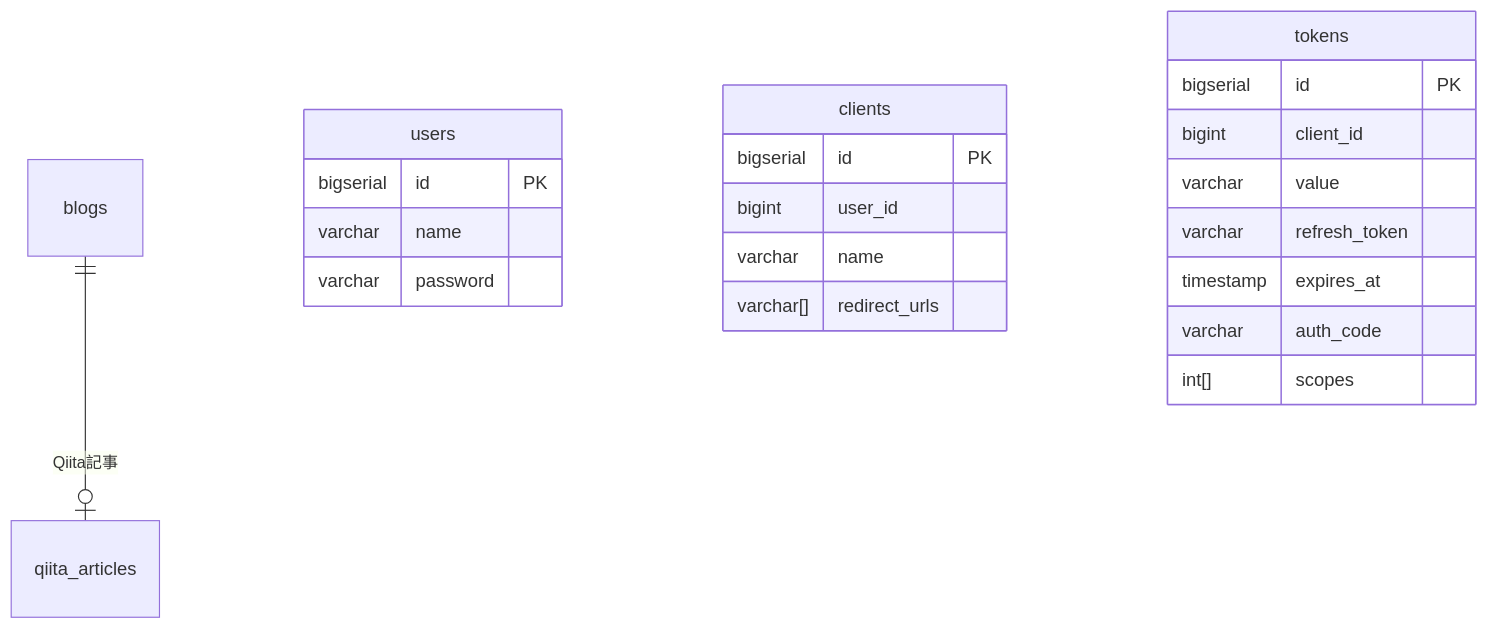
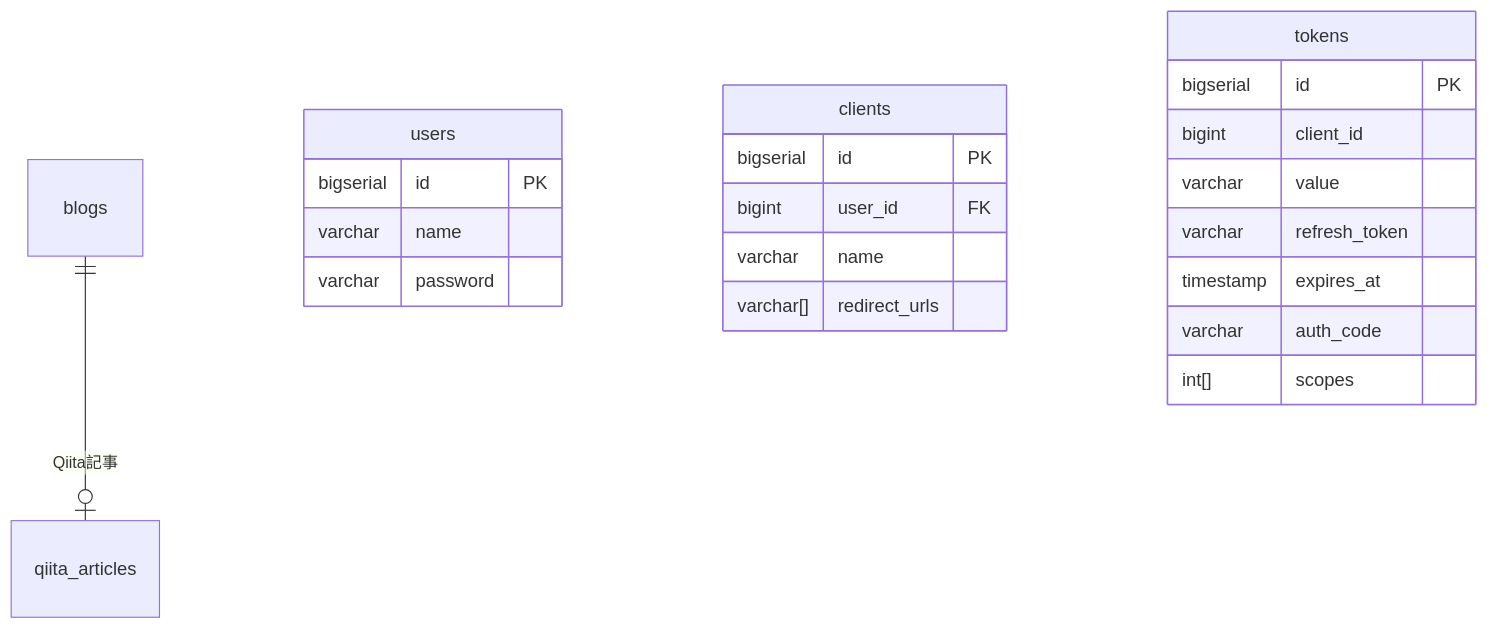
One commit to piny940/auth changed the diagram in doc/er.md. Above: the diagram before and after it, drawn with Mermaid. The commit also changed 8 other files, not shown here.

````diff
--- a/doc/er.md
+++ b/doc/er.md
@@ -1,27 +1,27 @@
 ```mermaid
 erDiagram
   blogs ||--o| qiita_articles : "Qiita記事"
 
   users {
     bigserial id PK
     varchar name
     varchar password
   }
 
   clients {
     bigserial id PK
-    bigint user_id
+    bigint user_id FK
     varchar name
     varchar[] redirect_urls
   }
   tokens {
     bigserial id PK
     bigint client_id
     varchar value
     varchar refresh_token
     timestamp expires_at
     varchar auth_code
     int[] scopes
   }
 
 ```
````
